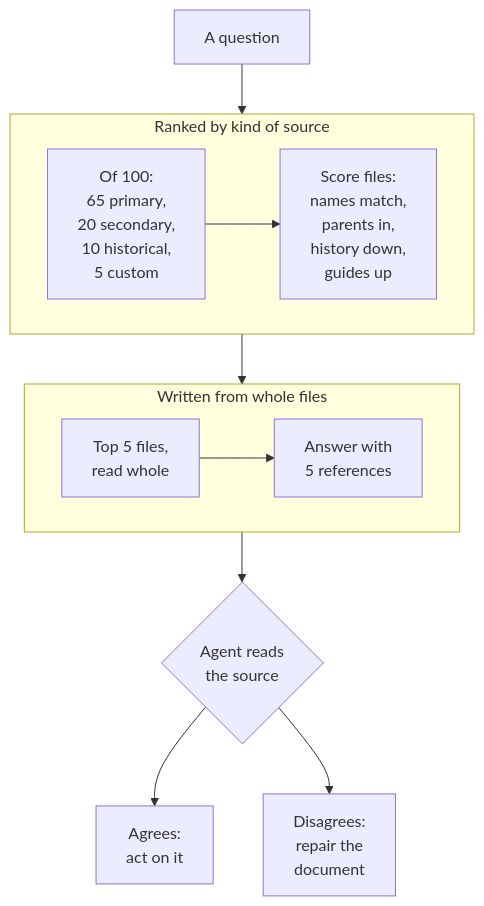
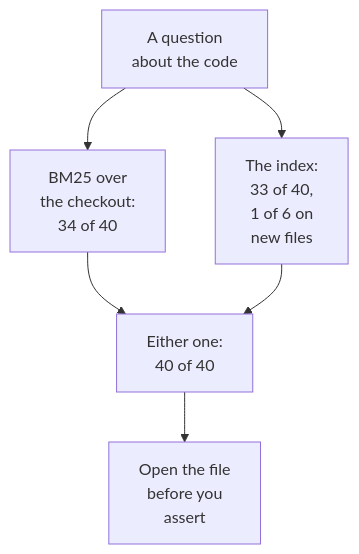
One commit to neomjs/neo changed the diagram in learn/blog/codebase-knowledge-base-for-ai-coding-agents.md. Above: the diagram before and after it, drawn with Mermaid. The commit also changed other lines of this file and 3 other files, not shown here.

Commit message:
docs(blog): part 3 leads with the measurement: the same grep hits ranked three ways, the index's two bugs and their fix (#21089)

````diff
--- a/learn/blog/codebase-knowledge-base-for-ai-coding-agents.md
+++ b/learn/blog/codebase-knowledge-base-for-ai-coding-agents.md
@@ -78,16 +114,8 @@
 ```mermaid
 flowchart TD
-    Q["A question"] --> G1
-    subgraph G1["Ranked by kind of source"]
-        direction LR
-        P["Of 100:<br/>65 primary,<br/>20 secondary,<br/>10 historical,<br/>5 custom"] --> S["Score files:<br/>names match,<br/>parents in,<br/>history down,<br/>guides up"]
-    end
-    G1 --> G2
-    subgraph G2["Written from whole files"]
-        direction LR
-        T["Top 5 files,<br/>read whole"] --> A["Answer with<br/>5 references"]
-    end
-    G2 --> R{"Agent reads<br/>the source"}
-    R --> W["Agrees:<br/>act on it"]
-    R --> F["Disagrees:<br/>repair the<br/>document"]
+    Q["A question<br/>about the code"] --> B["BM25 over<br/>the checkout:<br/>34 of 40"]
+    Q --> I["The index:<br/>33 of 40,<br/>1 of 6 on<br/>new files"]
+    B --> E["Either one:<br/>40 of 40"]
+    I --> E
+    E --> O["Open the file<br/>before you<br/>assert"]
 ```
````
